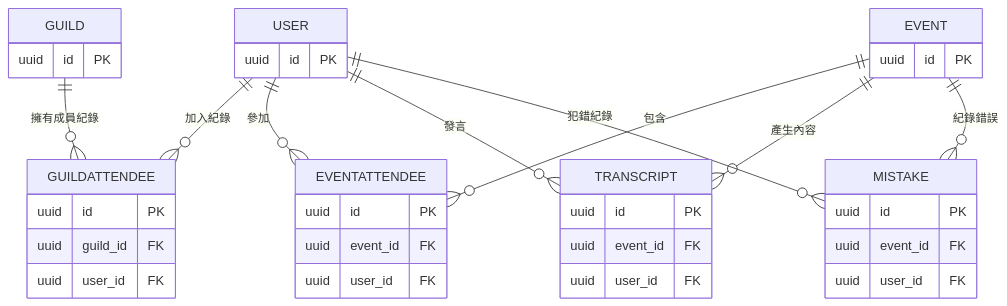
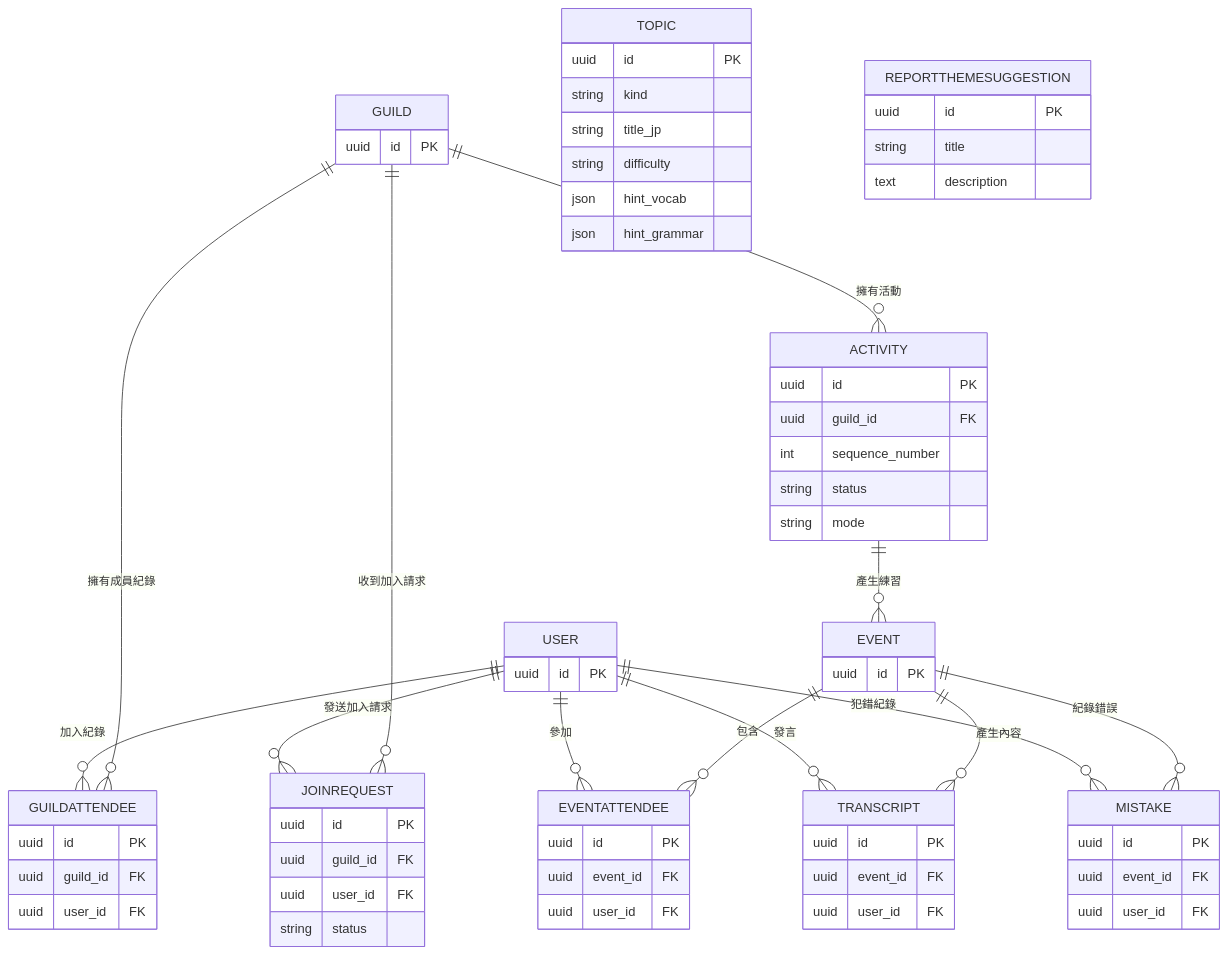
The diagram in docs/database-design.md (sessatakuma/jpcorrect-backend), drawn with Mermaid before and after one commit. The commit also changed other lines of this file and 3 other files, not shown here.

```diff
--- a/docs/database-design.md
+++ b/docs/database-design.md
@@ -54,10 +54,46 @@
         uuid user_id FK
     }
 
+    JOINREQUEST {
+        uuid id PK
+        uuid guild_id FK
+        uuid user_id FK
+        string status
+    }
+
+    ACTIVITY {
+        uuid id PK
+        uuid guild_id FK
+        int sequence_number
+        string status
+        string mode
+    }
+
+    TOPIC {
+        uuid id PK
+        string kind
+        string title_jp
+        string difficulty
+        json hint_vocab
+        json hint_grammar
+    }
+
+    REPORTTHEMESUGGESTION {
+        uuid id PK
+        string title
+        text description
+    }
+
     %% 關聯定義
     GUILD ||--o{ GUILDATTENDEE : "擁有成員紀錄"
     USER ||--o{ GUILDATTENDEE : "加入紀錄"
-    
+
+    GUILD ||--o{ JOINREQUEST : "收到加入請求"
+    USER ||--o{ JOINREQUEST : "發送加入請求"
+
+    GUILD ||--o{ ACTIVITY : "擁有活動"
+    ACTIVITY ||--o{ EVENT : "產生練習"
+
     EVENT ||--o{ EVENTATTENDEE : "包含"
     USER ||--o{ EVENTATTENDEE : "參加"
     
```
